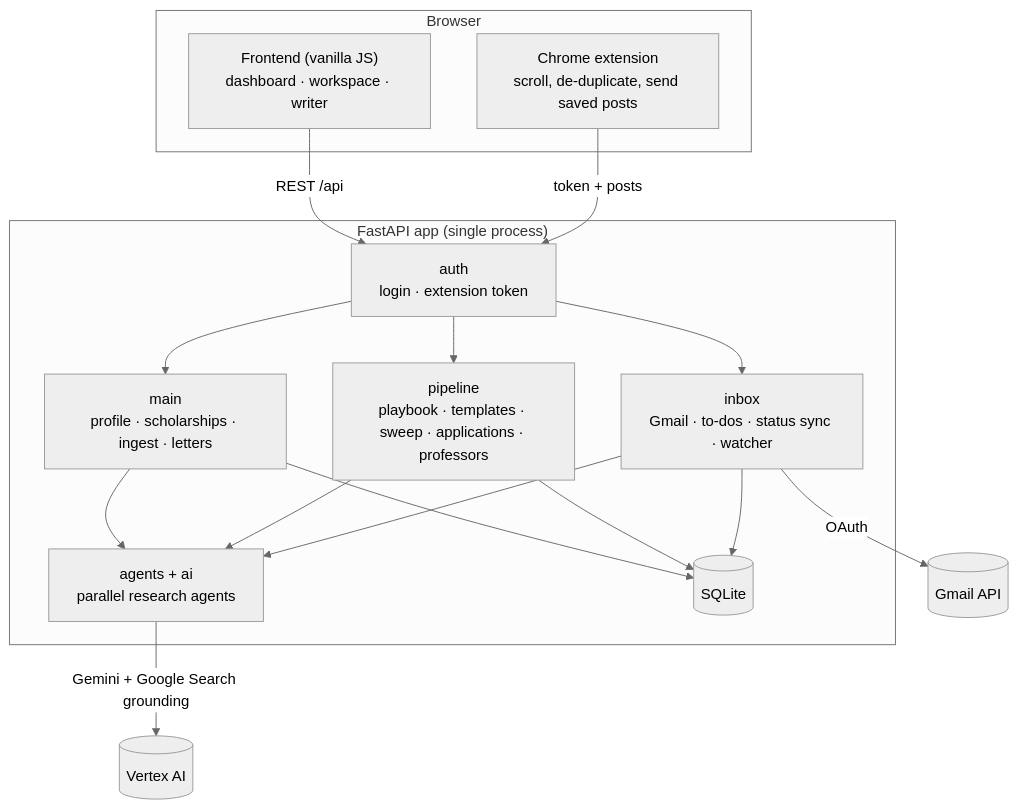
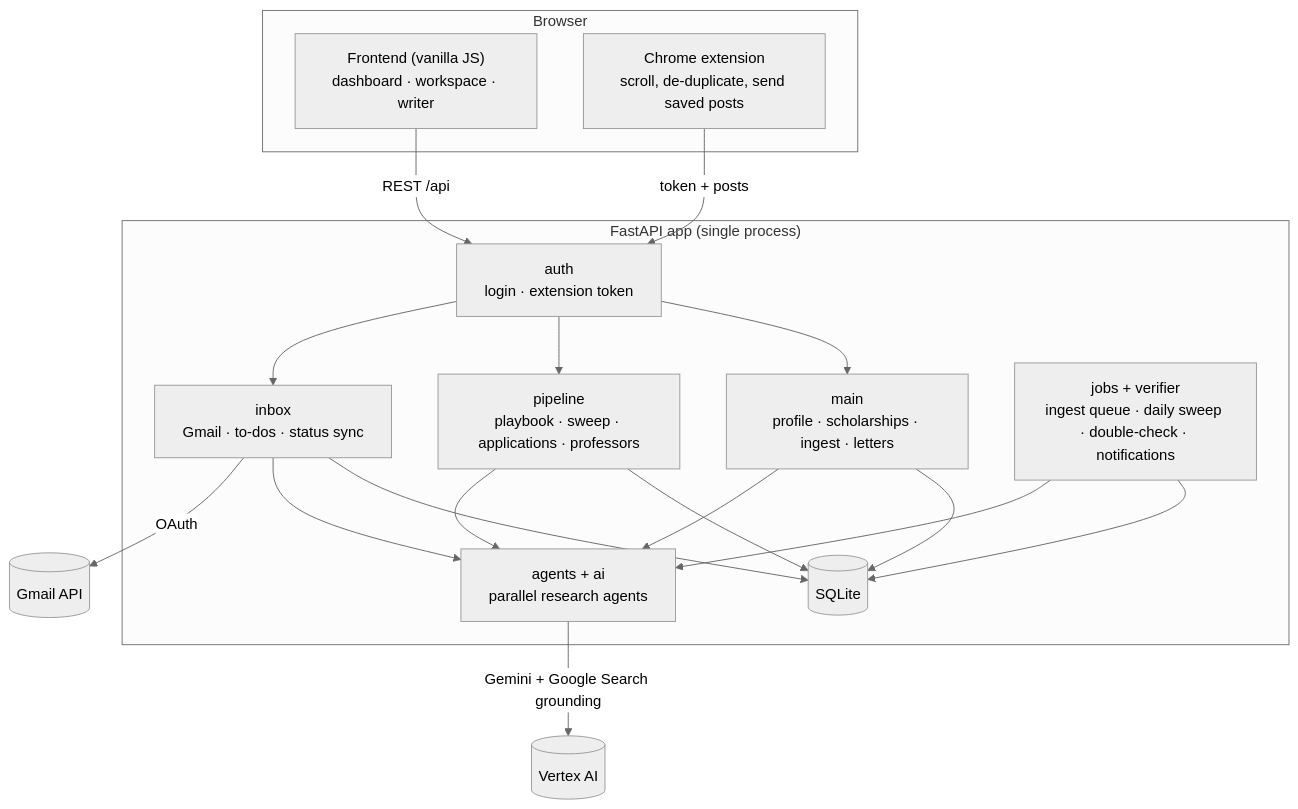
Before and after one commit to mohab-islam/scholarpilot: the diagram in README.md, drawn with Mermaid (neutral theme). The commit also changed other lines of this file and 20 other files, not shown here.

Commit message:
Verified, de-duplicated scholarships with notifications, daily sweep, bulk actions and a richer dashboard

````diff
--- a/README.md
+++ b/README.md
@@ -120,21 +155,22 @@
 ```mermaid
 flowchart TB
     subgraph Browser
         UI["Frontend (vanilla JS)<br/>dashboard · workspace · writer"]
         EXT["Chrome extension<br/>scroll, de-duplicate, send saved posts"]
     end
     subgraph Server["FastAPI app (single process)"]
         AUTH["auth<br/>login · extension token"]
         CORE["main<br/>profile · scholarships · ingest · letters"]
-        PIPE["pipeline<br/>playbook · templates · sweep · applications · professors"]
-        INBOX["inbox<br/>Gmail · to-dos · status sync · watcher"]
+        PIPE["pipeline<br/>playbook · sweep · applications · professors"]
+        INBOX["inbox<br/>Gmail · to-dos · status sync"]
+        JOBS["jobs + verifier<br/>ingest queue · daily sweep · double-check · notifications"]
         AGENTS["agents + ai<br/>parallel research agents"]
         DB[("SQLite")]
     end
     UI -- "REST /api" --> AUTH --> CORE & PIPE & INBOX
     EXT -- "token + posts" --> AUTH
-    CORE & PIPE & INBOX --> DB
-    CORE & PIPE & INBOX --> AGENTS
+    CORE & PIPE & INBOX & JOBS --> DB
+    CORE & PIPE & INBOX & JOBS --> AGENTS
     AGENTS -- "Gemini + Google Search grounding" --> VERTEX[("Vertex AI")]
     INBOX -- "OAuth" --> GMAIL[("Gmail API")]
 ```
````
